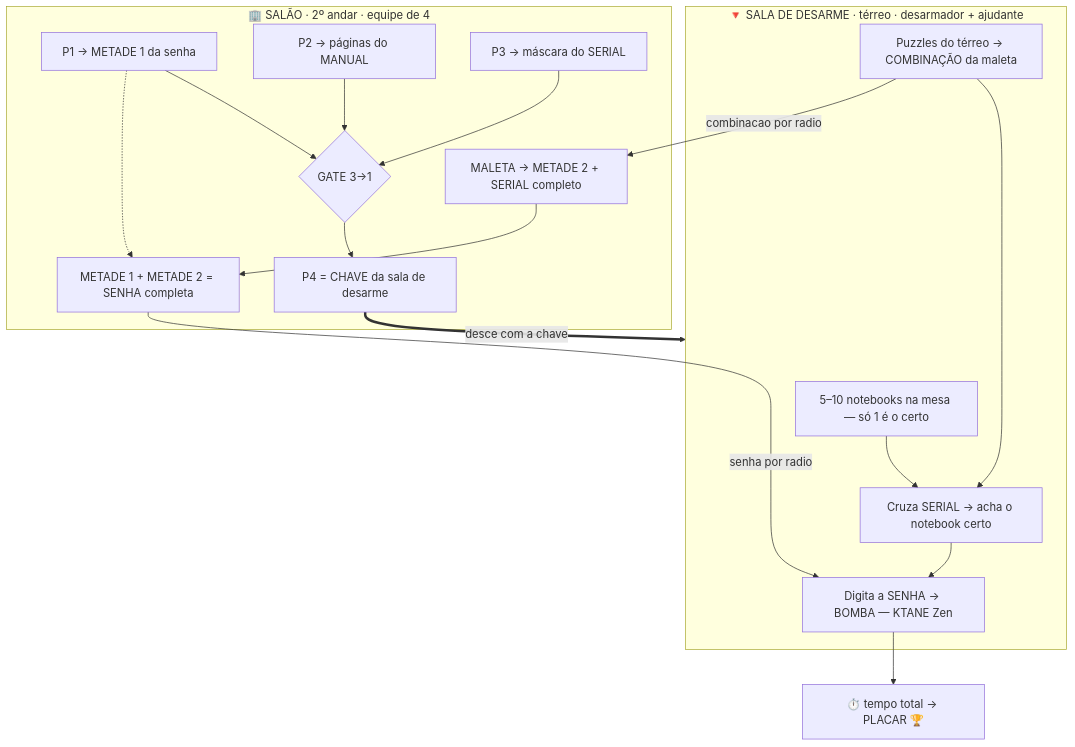
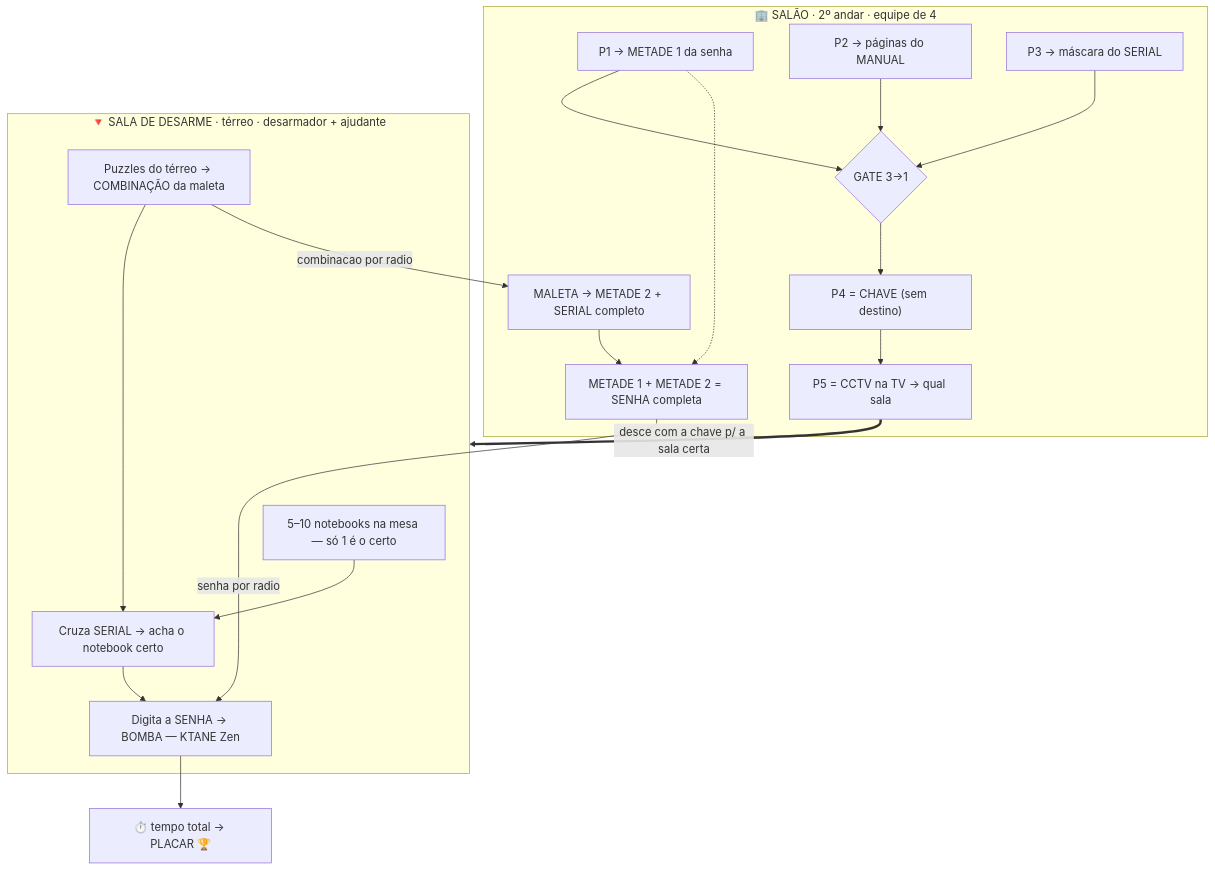
The diagram in README.md (eltoncezar/escape-room-iatec), drawn with Mermaid before and after one commit. The commit also changed other lines of this file and 6 other files, not shown here.

````diff
--- a/README.md
+++ b/README.md
@@ -54,33 +56,35 @@
 ```mermaid
 flowchart TB
     subgraph SALAO["🏢 SALÃO · 2º andar · equipe de 4"]
         P1["P1 → METADE 1 da senha"]
         P2["P2 → páginas do MANUAL"]
         P3["P3 → máscara do SERIAL"]
         GATE{"GATE 3→1"}
-        P4["P4 = CHAVE da sala de desarme"]
+        P4["P4 = CHAVE (sem destino)"]
+        P5["P5 = CCTV na TV → qual sala"]
         MALETA["MALETA → METADE 2 + SERIAL completo"]
         SENHA["METADE 1 + METADE 2 = SENHA completa"]
         P1 --> GATE
         P2 --> GATE
         P3 --> GATE
         GATE --> P4
         MALETA --> SENHA
         P1 -.-> SENHA
     end
 
     subgraph TERREO["🔻 SALA DE DESARME · térreo · desarmador + ajudante"]
         NOTES["5–10 notebooks na mesa — só 1 é o certo"]
         T1["Puzzles do térreo → COMBINAÇÃO da maleta"]
         ACHA["Cruza SERIAL → acha o notebook certo"]
         BOMBA["Digita a SENHA → BOMBA — KTANE Zen"]
         T1 --> ACHA
         NOTES --> ACHA
         ACHA --> BOMBA
     end
 
-    P4 ==>|desce com a chave| TERREO
+    P4 --> P5
+    P5 ==>|desce com a chave p/ a sala certa| TERREO
     T1 -->|combinacao por radio| MALETA
     SENHA -->|senha por radio| BOMBA
     BOMBA --> PLACAR["⏱️ tempo total → PLACAR 🏆"]
 ```
````
